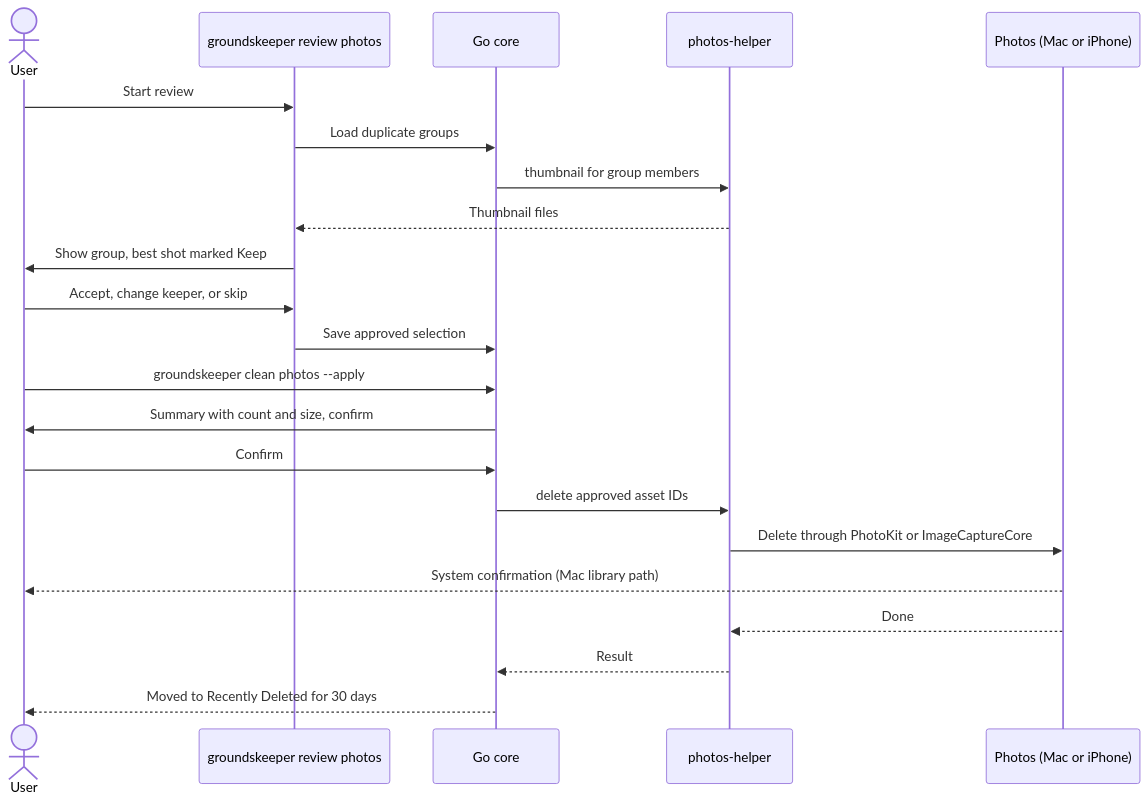
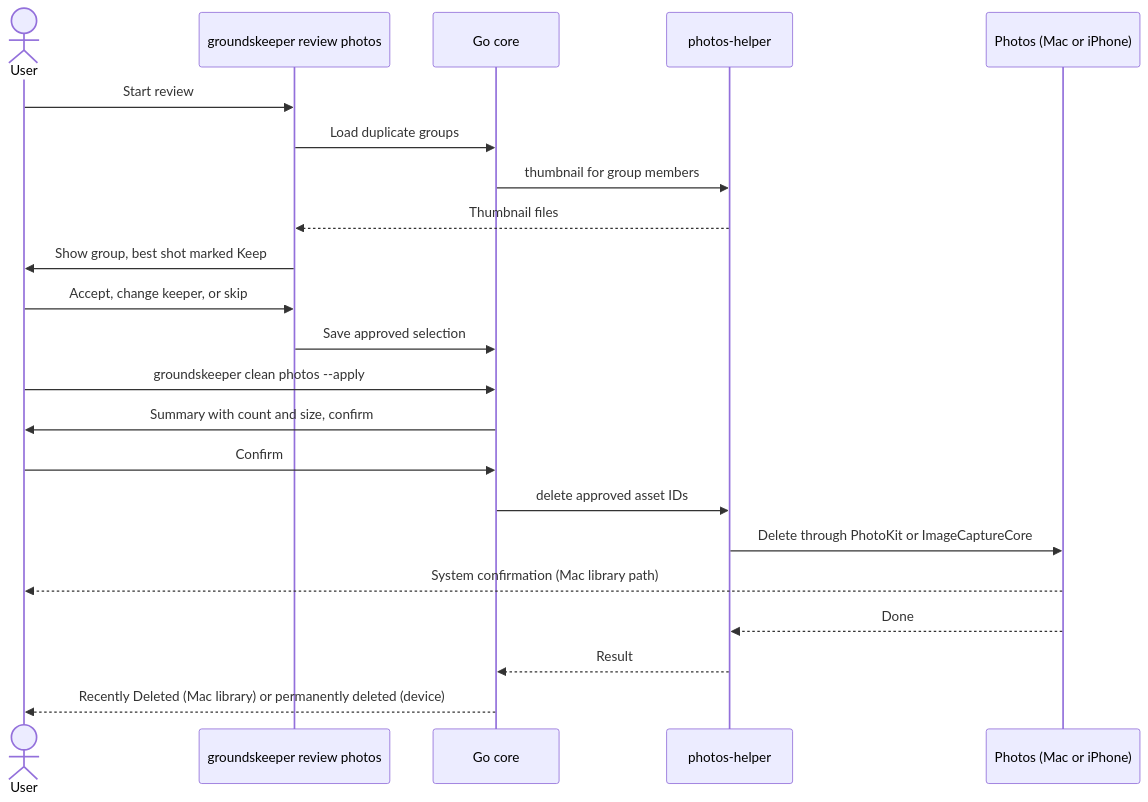
One commit to shaynemeyer/groundskeeper changed the fourth of 4 diagrams in docs/groundskeeper-plan.md. Above: the diagram before and after it, drawn with Mermaid. The commit also changed other lines of this file and 3 other files, not shown here.

````diff
--- a/docs/groundskeeper-plan.md
+++ b/docs/groundskeeper-plan.md
@@ -273,24 +275,24 @@
 ```mermaid
 sequenceDiagram
   actor U as User
   participant T as groundskeeper review photos
   participant G as Go core
   participant S as photos-helper
   participant P as Photos (Mac or iPhone)
   U->>T: Start review
   T->>G: Load duplicate groups
   G->>S: thumbnail for group members
   S-->>T: Thumbnail files
   T->>U: Show group, best shot marked Keep
   U->>T: Accept, change keeper, or skip
   T->>G: Save approved selection
   U->>G: groundskeeper clean photos --apply
   G->>U: Summary with count and size, confirm
   U->>G: Confirm
   G->>S: delete approved asset IDs
   S->>P: Delete through PhotoKit or ImageCaptureCore
   P-->>U: System confirmation (Mac library path)
   P-->>S: Done
   S-->>G: Result
-  G-->>U: Moved to Recently Deleted for 30 days
+  G-->>U: Recently Deleted (Mac library) or permanently deleted (device)
 ```
````
